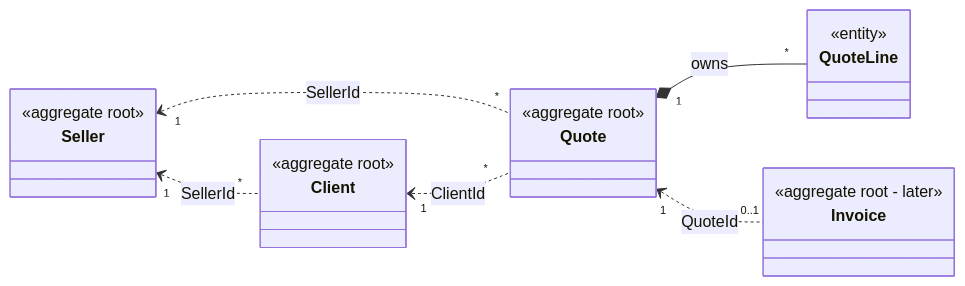
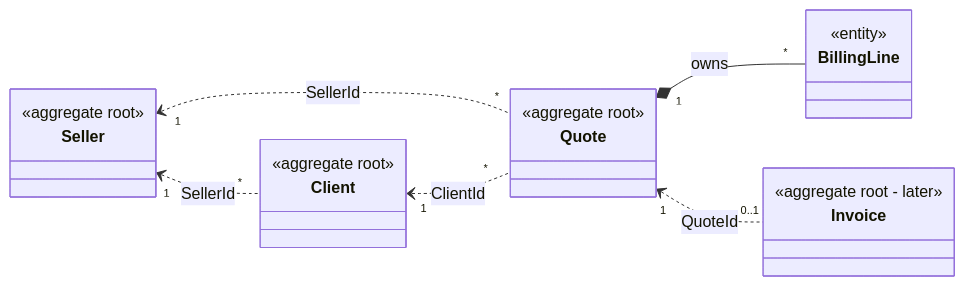
Before and after one commit to MarineLouWork/ChaChing: the first of 4 diagrams in docs/domain-model.md, drawn with Mermaid. The commit also changed other lines of this file and 29 other files, not shown here.

First line of the commit message:
refactor(billing): shared BillingLine and BillingTotals, folders by who uses them

````diff
--- a/docs/domain-model.md
+++ b/docs/domain-model.md
@@ -11,26 +11,26 @@
 ```mermaid
 classDiagram
     direction LR
 
     class Seller {
         <<aggregate root>>
     }
     class Client {
         <<aggregate root>>
     }
     class Quote {
         <<aggregate root>>
     }
-    class QuoteLine {
+    class BillingLine {
         <<entity>>
     }
     class Invoice {
         <<aggregate root - later>>
     }
 
     Seller "1" <.. "*" Client : SellerId
     Seller "1" <.. "*" Quote : SellerId
     Client "1" <.. "*" Quote : ClientId
-    Quote "1" *-- "*" QuoteLine : owns
+    Quote "1" *-- "*" BillingLine : owns
     Quote "1" <.. "0..1" Invoice : QuoteId
 ```
````
